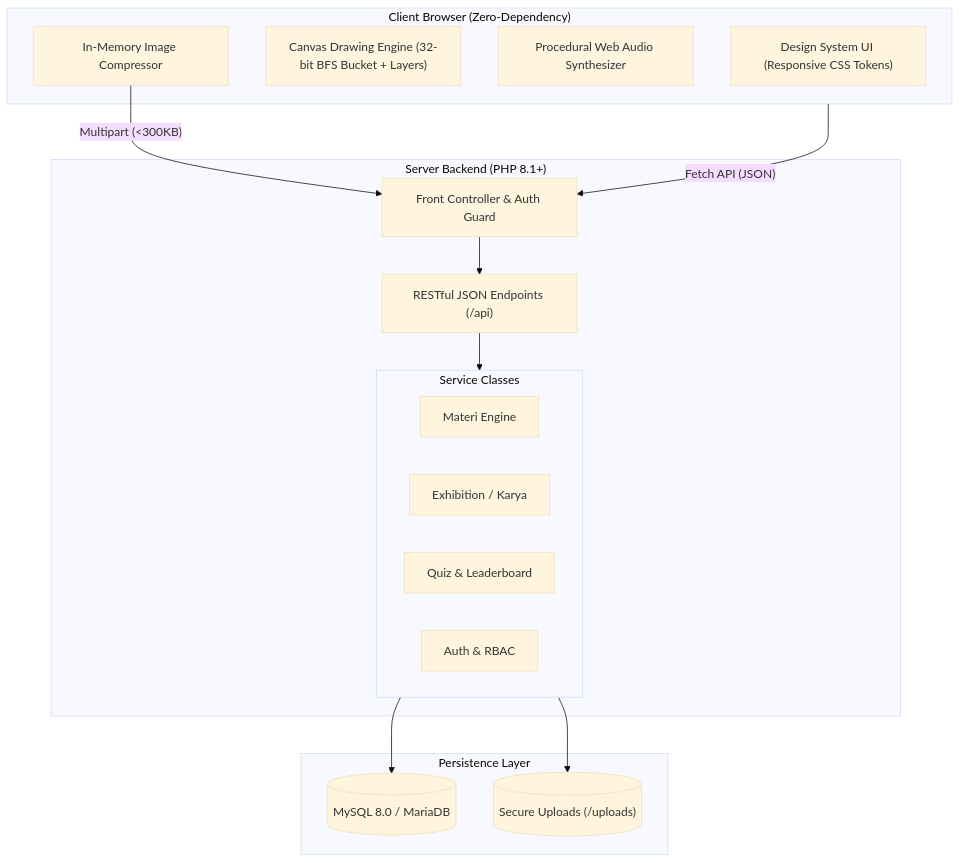
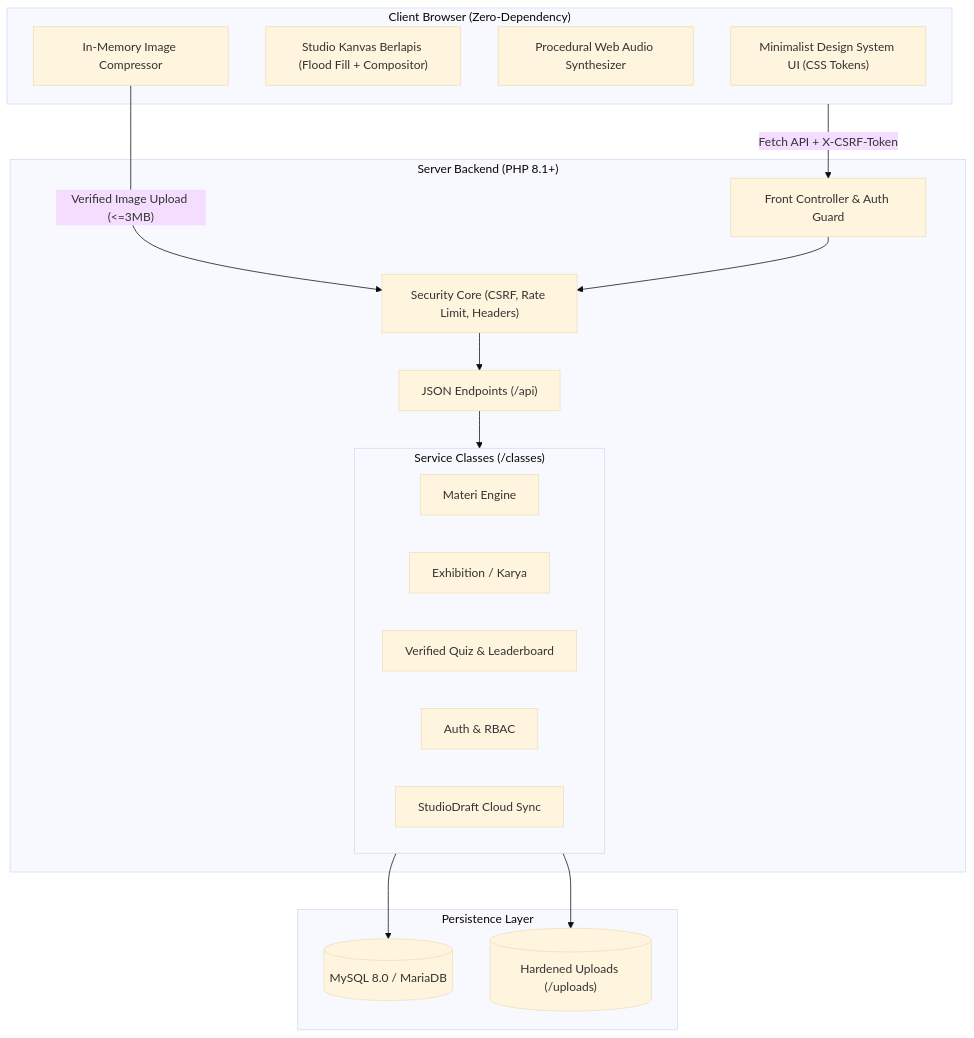
One commit to revwrks/digi-art changed the diagram in README.md. Above: the diagram before and after it, drawn with Mermaid (base theme). The commit also changed other lines of this file and 59 other files, not shown here.

````diff
--- a/README.md
+++ b/README.md
@@ -80,33 +107,36 @@
 ```mermaid
 flowchart TD
     subgraph Client ["Client Browser (Zero-Dependency)"]
-        UI["Design System UI (Responsive CSS Tokens)"]
-        CanvasEngine["Canvas Drawing Engine (32-bit BFS Bucket + Layers)"]
+        UI["Minimalist Design System UI (CSS Tokens)"]
+        CanvasEngine["Studio Kanvas Berlapis (Flood Fill + Compositor)"]
         WebAudio["Procedural Web Audio Synthesizer"]
         Compressor["In-Memory Image Compressor"]
     end
 
     subgraph Server ["Server Backend (PHP 8.1+)"]
         Router["Front Controller & Auth Guard"]
-        API["RESTful JSON Endpoints (/api)"]
-        
-        subgraph Services ["Service Classes"]
+        SecurityLayer["Security Core (CSRF, Rate Limit, Headers)"]
+        API["JSON Endpoints (/api)"]
+
+        subgraph Services ["Service Classes (/classes)"]
             MateriSvc["Materi Engine"]
             KaryaSvc["Exhibition / Karya"]
-            QuizSvc["Quiz & Leaderboard"]
+            QuizSvc["Verified Quiz & Leaderboard"]
             UserSvc["Auth & RBAC"]
+            DraftSvc["StudioDraft Cloud Sync"]
         end
     end
 
     subgraph Data ["Persistence Layer"]
         MySQL[("MySQL 8.0 / MariaDB")]
-        Uploads[("Secure Uploads (/uploads)")]
+        Uploads[("Hardened Uploads (/uploads)")]
     end
 
-    Client -- "Fetch API (JSON)" --> Router
-    Compressor -- "Multipart (<300KB)" --> Router
-    Router --> API
+    Client -- "Fetch API + X-CSRF-Token" --> Router
+    Compressor -- "Verified Image Upload (<=3MB)" --> SecurityLayer
+    Router --> SecurityLayer
+    SecurityLayer --> API
     API --> Services
     Services --> MySQL
     Services --> Uploads
 ```
````
